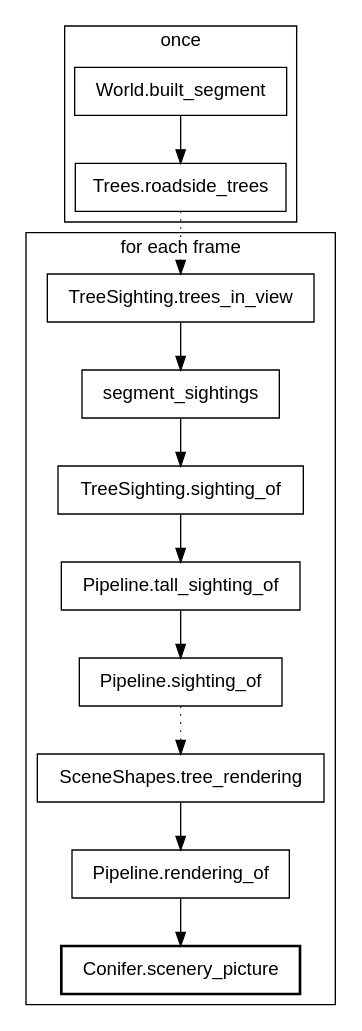
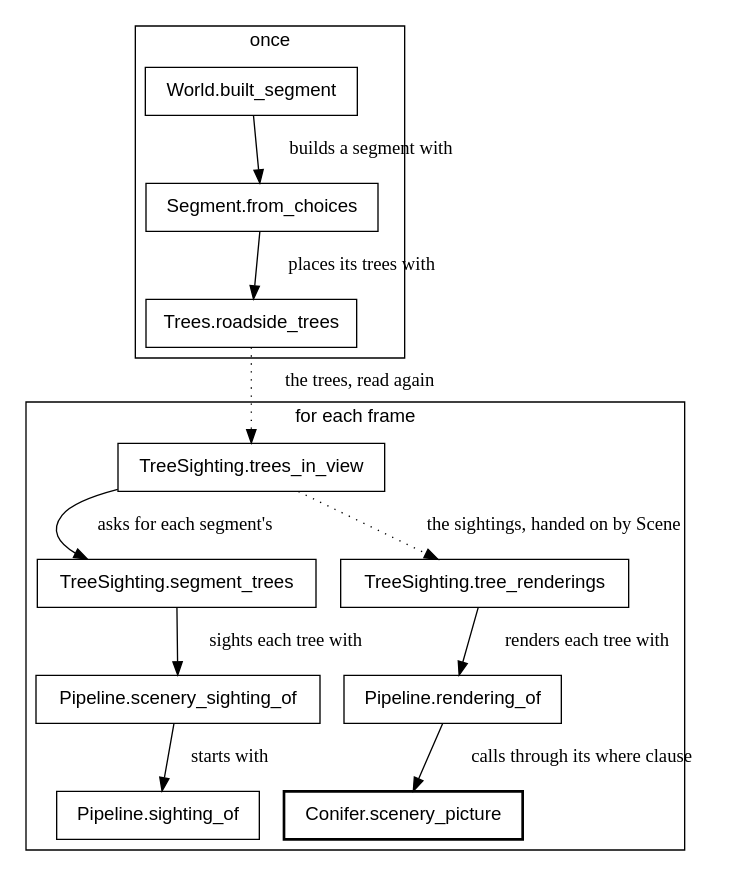
Before and after one commit to showell/roc-apps: the ninth of 30 diagrams in canvas_apps/safari/tutorial/tutorial.md, drawn with Graphviz. The commit also changed other lines of this file, not shown here.

First line of the commit message:
safari book: roadside trees through the beacons match today's code

````diff
--- a/canvas_apps/safari/tutorial/tutorial.md
+++ b/canvas_apps/safari/tutorial/tutorial.md
@@ -656,22 +656,22 @@
 ```dot
 digraph roadside {
   node [shape=box, fontname="Helvetica"];
   fontname="Helvetica";
   subgraph cluster_once {
     label="once";
-    "World.built_segment" -> "Trees.roadside_trees";
+    "World.built_segment" -> "Segment.from_choices" [label="  builds a segment with"];
+    "Segment.from_choices" -> "Trees.roadside_trees" [label="  places its trees with"];
   }
   subgraph cluster_frame {
     label="for each frame";
-    "TreeSighting.trees_in_view" -> "segment_sightings";
-    "segment_sightings" -> "TreeSighting.sighting_of";
-    "TreeSighting.sighting_of" -> "Pipeline.tall_sighting_of";
-    "Pipeline.tall_sighting_of" -> "Pipeline.sighting_of";
-    "SceneShapes.tree_rendering" -> "Pipeline.rendering_of";
-    "Pipeline.rendering_of" -> "Conifer.scenery_picture";
+    "TreeSighting.trees_in_view" -> "TreeSighting.segment_trees" [label="  asks for each segment's"];
+    "TreeSighting.segment_trees" -> "Pipeline.scenery_sighting_of" [label="  sights each tree with"];
+    "Pipeline.scenery_sighting_of" -> "Pipeline.sighting_of" [label="  starts with"];
+    "TreeSighting.tree_renderings" -> "Pipeline.rendering_of" [label="  renders each tree with"];
+    "Pipeline.rendering_of" -> "Conifer.scenery_picture" [label="  calls through its where clause"];
   }
-  "Trees.roadside_trees" -> "TreeSighting.trees_in_view" [style=dotted];
-  "Pipeline.sighting_of" -> "SceneShapes.tree_rendering" [style=dotted];
+  "Trees.roadside_trees" -> "TreeSighting.trees_in_view" [style=dotted, label="  the trees, read again"];
+  "TreeSighting.trees_in_view" -> "TreeSighting.tree_renderings" [style=dotted, label="  the sightings, handed on by Scene"];
   "Conifer.scenery_picture" [style=bold];
 }
 ```
````
